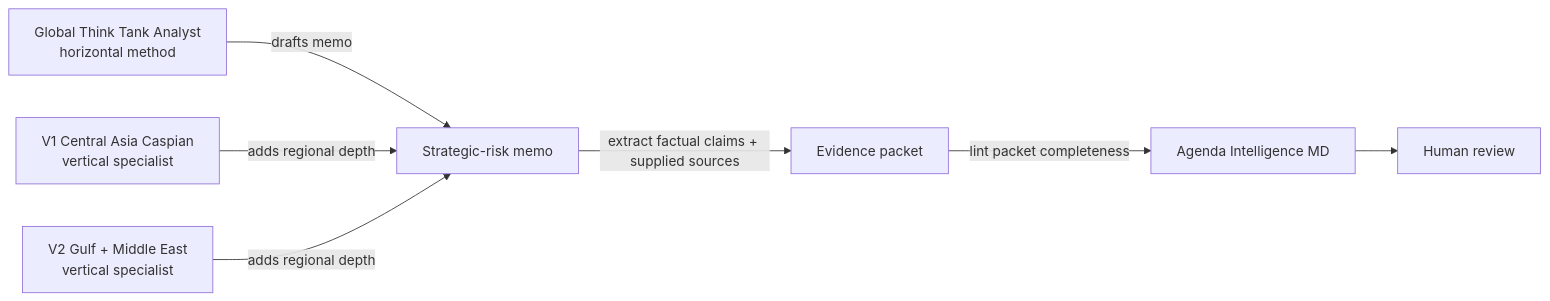
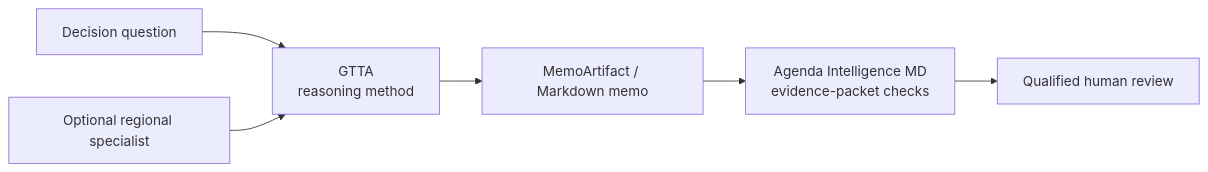
Before and after one commit to vassiliylakhonin/global-think-tank-analyst: the diagram in README.md, drawn with Mermaid. The commit also changed other lines of this file and 3 other files, not shown here.

````diff
--- a/README.md
+++ b/README.md
@@ -143,9 +172,8 @@
 ```mermaid
 flowchart LR
-    A[Global Think Tank Analyst<br/>horizontal method] -->|drafts memo| D[Strategic-risk memo]
-    V1[V1 Central Asia Caspian<br/>vertical specialist] -->|adds regional depth| D
-    V2[V2 Gulf + Middle East<br/>vertical specialist] -->|adds regional depth| D
-    D -->|extract factual claims + supplied sources| P[Evidence packet]
-    P -->|lint packet completeness| C[Agenda Intelligence MD]
-    C --> O[Human review]
+    Q[Decision question] --> G[GTTA<br/>reasoning method]
+    V[Optional regional specialist] --> G
+    G --> M[MemoArtifact / Markdown memo]
+    M --> A[Agenda Intelligence MD<br/>evidence-packet checks]
+    A --> H[Qualified human review]
 ```
````
